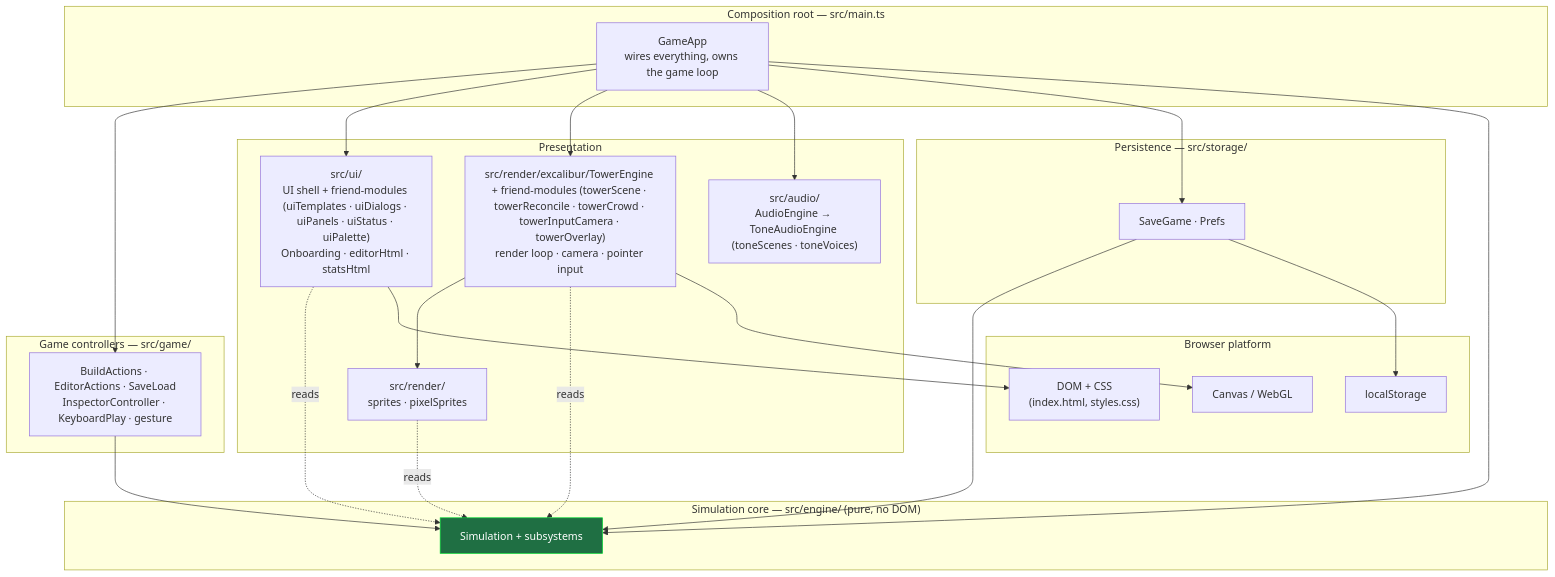
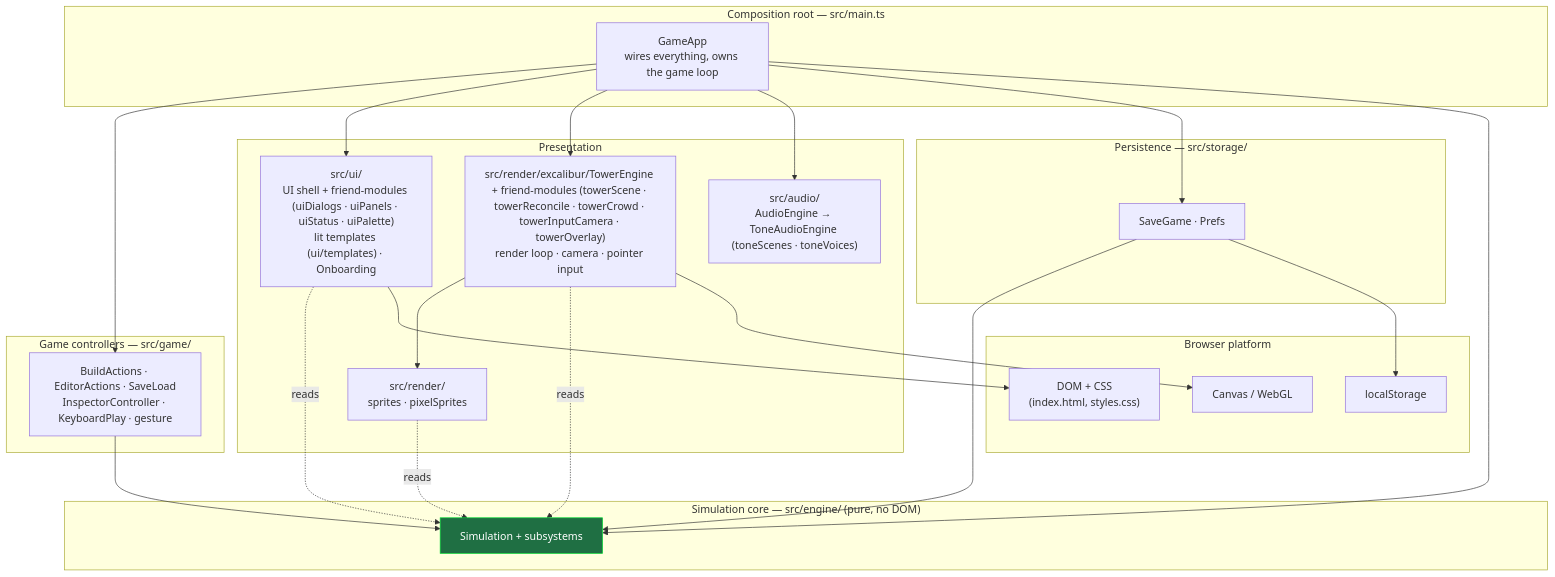
One commit to maniator/verticopolis changed the first of 6 diagrams in ARCHITECTURE.md. Above: the diagram before and after it, drawn with Mermaid. The commit also changed 11 other files, not shown here.

````diff
--- a/ARCHITECTURE.md
+++ b/ARCHITECTURE.md
@@ -22,52 +22,52 @@
 ```mermaid
 flowchart TD
     subgraph browser["Browser platform"]
         DOM["DOM + CSS<br/>(index.html, styles.css)"]
         Canvas["Canvas / WebGL"]
         LS["localStorage"]
     end
 
     subgraph root["Composition root — src/main.ts"]
         GameApp["GameApp<br/>wires everything, owns the game loop"]
     end
 
     subgraph controllers["Game controllers — src/game/"]
         Ctl["BuildActions · EditorActions · SaveLoad<br/>InspectorController · KeyboardPlay · gesture"]
     end
 
     subgraph view["Presentation"]
-        UI["src/ui/<br/>UI shell + friend-modules (uiTemplates · uiDialogs · uiPanels · uiStatus · uiPalette)<br/>Onboarding · editorHtml · statsHtml"]
+        UI["src/ui/<br/>UI shell + friend-modules (uiDialogs · uiPanels · uiStatus · uiPalette)<br/>lit templates (ui/templates) · Onboarding"]
         Render["src/render/<br/>sprites · pixelSprites"]
         Engine3D["src/render/excalibur/TowerEngine + friend-modules (towerScene · towerReconcile · towerCrowd · towerInputCamera · towerOverlay)<br/>render loop · camera · pointer input"]
         Audio["src/audio/<br/>AudioEngine → ToneAudioEngine (toneScenes · toneVoices)"]
     end
 
     subgraph storage["Persistence — src/storage/"]
         Save["SaveGame · Prefs"]
     end
 
     subgraph engine["Simulation core — src/engine/ (pure, no DOM)"]
         Sim["Simulation + subsystems"]
     end
 
     GameApp --> Ctl
     GameApp --> UI
     GameApp --> Engine3D
     GameApp --> Audio
     GameApp --> Save
     GameApp --> Sim
 
     Ctl --> Sim
     UI -. reads .-> Sim
     Render -. reads .-> Sim
     Engine3D --> Render
     Engine3D -. reads .-> Sim
     Save --> Sim
 
     Engine3D --> Canvas
     UI --> DOM
     Save --> LS
 
     classDef core fill:#1f6f43,stroke:#0d3,color:#fff;
     class Sim core
 ```
````
